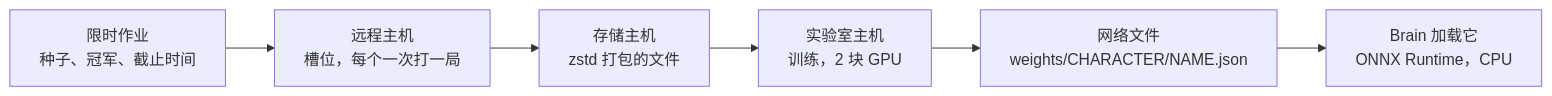
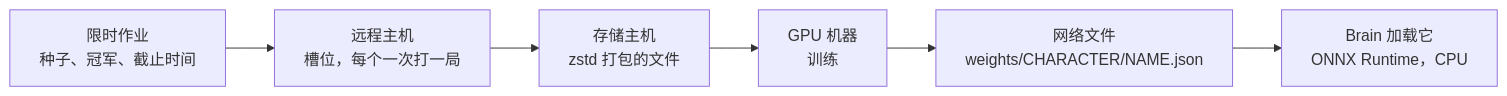
The diagram in docs/src/content/docs/arch/learning/reference.mdx (shinnku-nikaidou/spire-zero), drawn with Mermaid before and after one commit. The commit also changed other lines of this file and 5 other files, not shown here.

````diff
--- a/docs/src/content/docs/arch/learning/reference.mdx
+++ b/docs/src/content/docs/arch/learning/reference.mdx
@@ -14,8 +14,8 @@
 ```mermaid
 flowchart LR
   S["限时作业<br/>种子、冠军、截止时间"] --> W["远程主机<br/>槽位，每个一次打一局"]
   W --> H["存储主机<br/>zstd 打包的文件"]
-  H --> T["实验室主机<br/>训练，2 块 GPU"]
+  H --> T["GPU 机器<br/>训练"]
   T --> WT["网络文件<br/>weights/CHARACTER/NAME.json"]
   WT --> B["Brain 加载它<br/>ONNX Runtime，CPU"]
 ```
````
